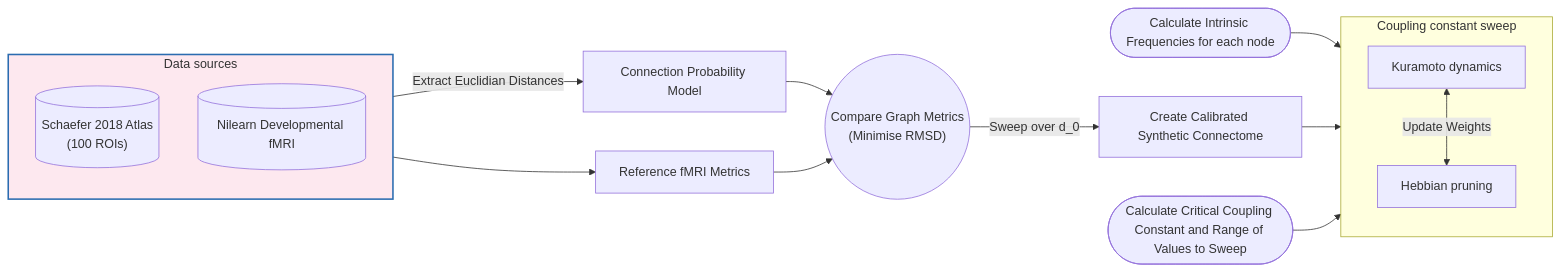
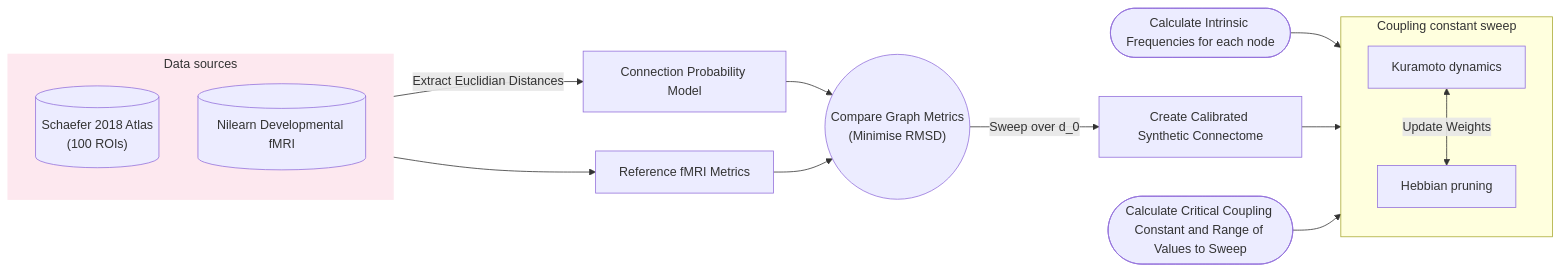
One commit to R-eya/Kuramoto-Hebbian-Style-Pruning-of-Synthetic-Connectomes changed the diagram in README.md. Above: the diagram before and after it, drawn with Mermaid.

````diff
--- a/README.md
+++ b/README.md
@@ -7,26 +7,26 @@
 ```mermaid
 flowchart LR
 
     subgraph Inputs ["Data sources"]
         direction TB
         Q[("Schaefer 2018 atlas<br/>(100 ROIs)")]
         A[("Nilearn developmental fMRI")]
     end
     style Inputs fill:#e8f4fd,stroke:#2b6cb0,stroke-width:2px
 
     Q[("Schaefer 2018 Atlas <br> (100 ROIs)")] -->|Extract Euclidian Distances| W[Connection Probability Model] -->C
 
     G([Calculate Intrinsic Frequencies for each node]) --> E[Kuramoto Dynamics]
     A[(Nilearn Developmental fMRI)] -->B[Reference fMRI Metrics]--> C(("Compare Graph Metrics <br> (Minimise RMSD)" )) -->|Sweep over d_0 | D[Create Calibrated Synthetic Connectome]
     D --> E
 
     F([Calculate Critical Coupling Constant and Range of Values to Sweep]) --> E
 
     subgraph Sweep ["Coupling constant sweep"]
         direction TB
         E["Kuramoto dynamics"]
         H["Hebbian pruning"]
         E <-->|"Update Weights"| H
     end
-style Inputs fill:#fde8ef,stroke:#2b6cb0,stroke-width:2px
+style Inputs fill:#fde8ef,stroke:#fde8ef,stroke-width:2px
 ```
````
